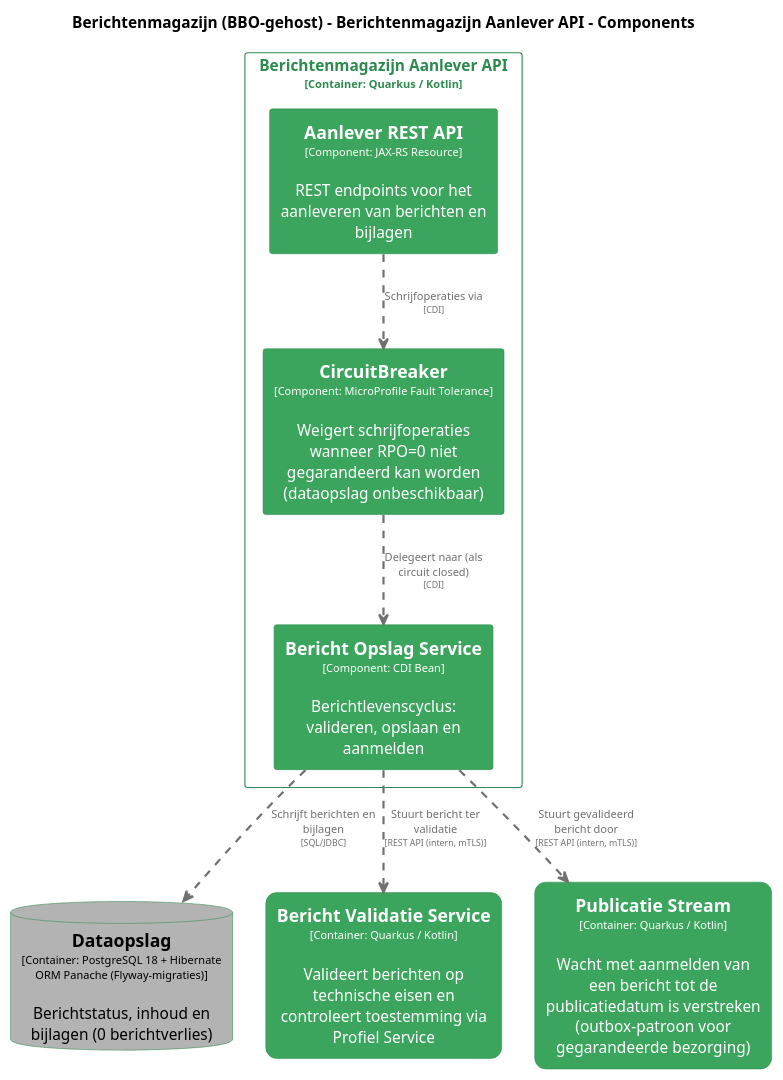
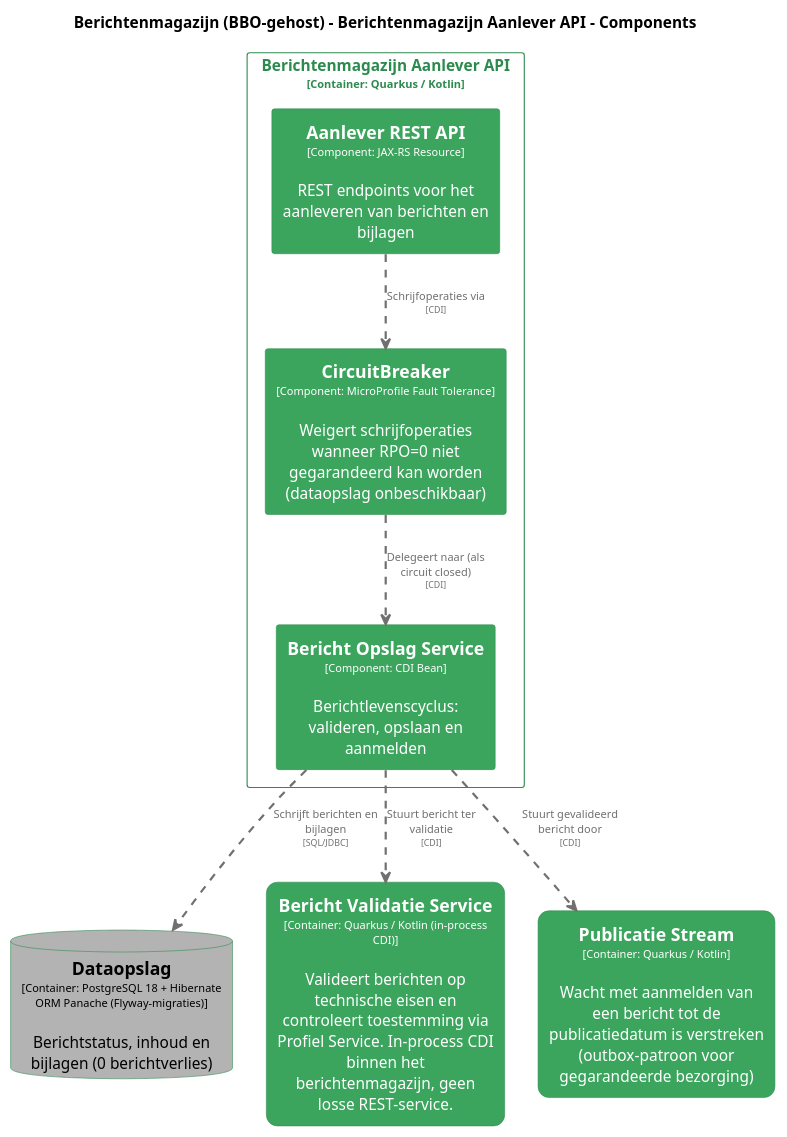
Before and after one commit to MinBZK/moza-poc-fbs-berichtenbox: the diagram in master/puml/AanleverAPIComponenten.puml, drawn with PlantUML. The commit also changed 51 other files, not shown here.

```diff
--- a/master/puml/AanleverAPIComponenten.puml
+++ b/master/puml/AanleverAPIComponenten.puml
@@ -1,77 +1,77 @@
 @startuml
 set separator none
 title Berichtenmagazijn (BBO-gehost) - Berichtenmagazijn Aanlever API - Components
 
 top to bottom direction
 skinparam ranksep 60
 skinparam nodesep 30
 
 skinparam {
   arrowFontSize 10
   defaultTextAlignment center
   wrapWidth 200
   maxMessageSize 100
 }
 
 hide stereotype
 
 skinparam rectangle<<BerichtenmagazijnBBOgehost.BerichtenmagazijnAanleverAPI.AanleverRESTAPI>> {
   BackgroundColor #3ba55d
   FontColor #ffffff
   BorderColor #2d8a4e
   shadowing false
 }
 skinparam rectangle<<BerichtenmagazijnBBOgehost.BerichtenmagazijnAanleverAPI.BerichtOpslagService>> {
   BackgroundColor #3ba55d
   FontColor #ffffff
   BorderColor #2d8a4e
   shadowing false
 }
 skinparam rectangle<<BerichtenmagazijnBBOgehost.BerichtValidatieService>> {
   BackgroundColor #3ba55d
   FontColor #ffffff
   BorderColor #2d8a4e
   roundCorner 20
   shadowing false
 }
 skinparam rectangle<<BerichtenmagazijnBBOgehost.BerichtenmagazijnAanleverAPI.CircuitBreaker>> {
   BackgroundColor #3ba55d
   FontColor #ffffff
   BorderColor #2d8a4e
   shadowing false
 }
 skinparam database<<BerichtenmagazijnBBOgehost.Dataopslag>> {
   BackgroundColor #b3b3b3
   FontColor #000000
   BorderColor #2d8a4e
   shadowing false
 }
 skinparam rectangle<<BerichtenmagazijnBBOgehost.PublicatieStream>> {
   BackgroundColor #3ba55d
   FontColor #ffffff
   BorderColor #2d8a4e
   roundCorner 20
   shadowing false
 }
 skinparam rectangle<<BerichtenmagazijnBBOgehost.BerichtenmagazijnAanleverAPI>> {
   BorderColor #2d8a4e
   FontColor #2d8a4e
   shadowing false
 }
 
 database "==Dataopslag\n<size:10>[Container: PostgreSQL 18 + Hibernate ORM Panache (Flyway-migraties)]</size>\n\nBerichtstatus, inhoud en bijlagen (0 berichtverlies)" <<BerichtenmagazijnBBOgehost.Dataopslag>> as BerichtenmagazijnBBOgehost.Dataopslag
-rectangle "==Bericht Validatie Service\n<size:10>[Container: Quarkus / Kotlin]</size>\n\nValideert berichten op technische eisen en controleert toestemming via Profiel Service" <<BerichtenmagazijnBBOgehost.BerichtValidatieService>> as BerichtenmagazijnBBOgehost.BerichtValidatieService
+rectangle "==Bericht Validatie Service\n<size:10>[Container: Quarkus / Kotlin (in-process CDI)]</size>\n\nValideert berichten op technische eisen en controleert toestemming via Profiel Service. In-process CDI binnen het berichtenmagazijn, geen losse REST-service." <<BerichtenmagazijnBBOgehost.BerichtValidatieService>> as BerichtenmagazijnBBOgehost.BerichtValidatieService
 rectangle "==Publicatie Stream\n<size:10>[Container: Quarkus / Kotlin]</size>\n\nWacht met aanmelden van een bericht tot de publicatiedatum is verstreken (outbox-patroon voor gegarandeerde bezorging)" <<BerichtenmagazijnBBOgehost.PublicatieStream>> as BerichtenmagazijnBBOgehost.PublicatieStream
 
 rectangle "Berichtenmagazijn Aanlever API\n<size:10>[Container: Quarkus / Kotlin]</size>" <<BerichtenmagazijnBBOgehost.BerichtenmagazijnAanleverAPI>> {
   rectangle "==Aanlever REST API\n<size:10>[Component: JAX-RS Resource]</size>\n\nREST endpoints voor het aanleveren van berichten en bijlagen" <<BerichtenmagazijnBBOgehost.BerichtenmagazijnAanleverAPI.AanleverRESTAPI>> as BerichtenmagazijnBBOgehost.BerichtenmagazijnAanleverAPI.AanleverRESTAPI
   rectangle "==CircuitBreaker\n<size:10>[Component: MicroProfile Fault Tolerance]</size>\n\nWeigert schrijfoperaties wanneer RPO=0 niet gegarandeerd kan worden (dataopslag onbeschikbaar)" <<BerichtenmagazijnBBOgehost.BerichtenmagazijnAanleverAPI.CircuitBreaker>> as BerichtenmagazijnBBOgehost.BerichtenmagazijnAanleverAPI.CircuitBreaker
   rectangle "==Bericht Opslag Service\n<size:10>[Component: CDI Bean]</size>\n\nBerichtlevenscyclus: valideren, opslaan en aanmelden" <<BerichtenmagazijnBBOgehost.BerichtenmagazijnAanleverAPI.BerichtOpslagService>> as BerichtenmagazijnBBOgehost.BerichtenmagazijnAanleverAPI.BerichtOpslagService
 }
 
 BerichtenmagazijnBBOgehost.BerichtenmagazijnAanleverAPI.AanleverRESTAPI .[#707070,thickness=2].> BerichtenmagazijnBBOgehost.BerichtenmagazijnAanleverAPI.CircuitBreaker : "<color:#707070>Schrijfoperaties via\n<color:#707070><size:8>[CDI]</size>"
 BerichtenmagazijnBBOgehost.BerichtenmagazijnAanleverAPI.CircuitBreaker .[#707070,thickness=2].> BerichtenmagazijnBBOgehost.BerichtenmagazijnAanleverAPI.BerichtOpslagService : "<color:#707070>Delegeert naar (als circuit closed)\n<color:#707070><size:8>[CDI]</size>"
 BerichtenmagazijnBBOgehost.BerichtenmagazijnAanleverAPI.BerichtOpslagService .[#707070,thickness=2].> BerichtenmagazijnBBOgehost.Dataopslag : "<color:#707070>Schrijft berichten en bijlagen\n<color:#707070><size:8>[SQL/JDBC]</size>"
-BerichtenmagazijnBBOgehost.BerichtenmagazijnAanleverAPI.BerichtOpslagService .[#707070,thickness=2].> BerichtenmagazijnBBOgehost.BerichtValidatieService : "<color:#707070>Stuurt bericht ter validatie\n<color:#707070><size:8>[REST API (intern, mTLS)]</size>"
-BerichtenmagazijnBBOgehost.BerichtenmagazijnAanleverAPI.BerichtOpslagService .[#707070,thickness=2].> BerichtenmagazijnBBOgehost.PublicatieStream : "<color:#707070>Stuurt gevalideerd bericht door\n<color:#707070><size:8>[REST API (intern, mTLS)]</size>"
+BerichtenmagazijnBBOgehost.BerichtenmagazijnAanleverAPI.BerichtOpslagService .[#707070,thickness=2].> BerichtenmagazijnBBOgehost.BerichtValidatieService : "<color:#707070>Stuurt bericht ter validatie\n<color:#707070><size:8>[CDI]</size>"
+BerichtenmagazijnBBOgehost.BerichtenmagazijnAanleverAPI.BerichtOpslagService .[#707070,thickness=2].> BerichtenmagazijnBBOgehost.PublicatieStream : "<color:#707070>Stuurt gevalideerd bericht door\n<color:#707070><size:8>[CDI]</size>"
 @enduml
```
